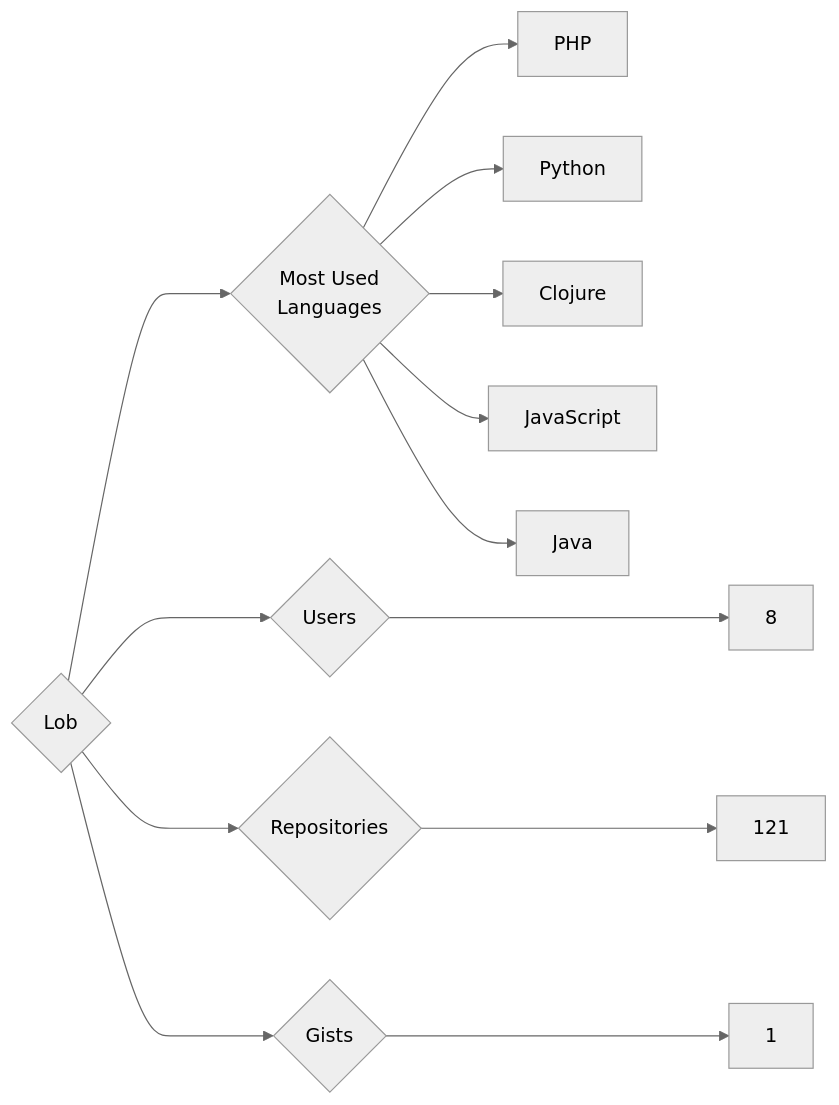
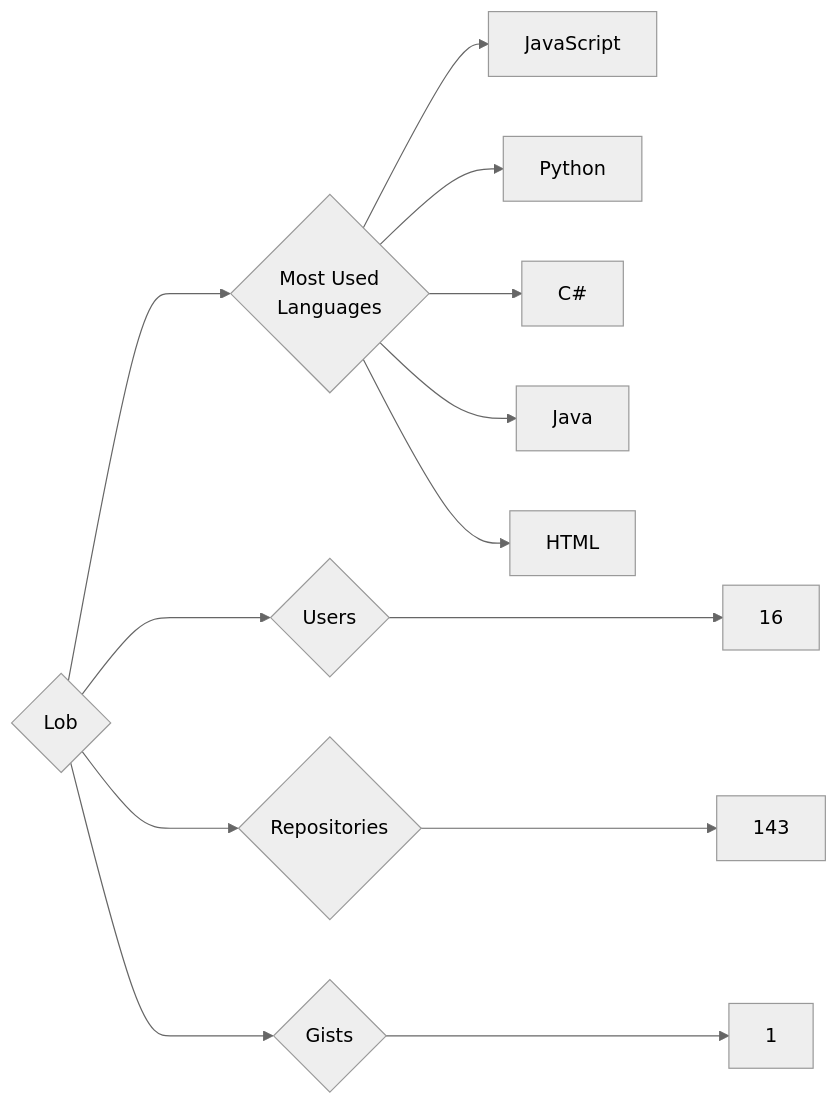
One commit to trickest/insiders changed the diagram in targets/Lob/README.md. Above: the diagram before and after it, drawn with Mermaid (neutral theme). The commit also changed 723 other files, not shown here.

````diff
--- a/targets/Lob/README.md
+++ b/targets/Lob/README.md
@@ -3,13 +3,13 @@
 ```mermaid
 graph LR
 COMPANY_NAME{Lob}
-COMPANY_NAME ---> U{Users} ---> UN[8]
-COMPANY_NAME ---> R{Repositories} ---> RN[121]
+COMPANY_NAME ---> U{Users} ---> UN[16]
+COMPANY_NAME ---> R{Repositories} ---> RN[143]
 COMPANY_NAME ---> G{Gists} ---> GN[1]
 COMPANY_NAME ---> ML{Most Used<br>Languages}
-ML --> PHP[PHP]
+ML --> JavaScript[JavaScript]
 ML --> Python[Python]
-ML --> Clojure[Clojure]
-ML --> JavaScript[JavaScript]
+ML --> C#[C#]
 ML --> Java[Java]
+ML --> HTML[HTML]
 ```
````
